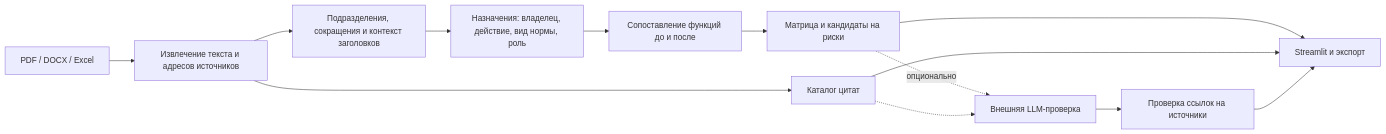
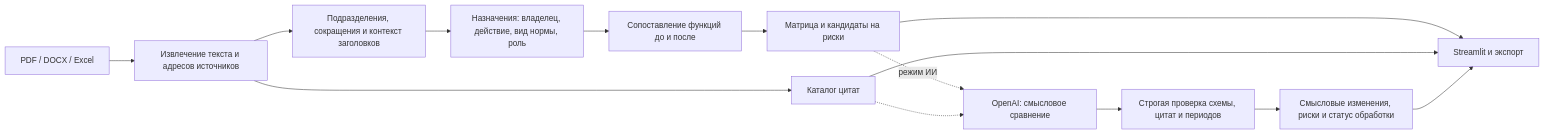
The diagram in README.md (BAITC-Hacks/hack-0dd0a2e7-ai-qaitu), drawn with Mermaid before and after one commit. The commit also changed other lines of this file and 4 other files, not shown here.

````diff
--- a/README.md
+++ b/README.md
@@ -94,15 +94,16 @@
 ```mermaid
 flowchart LR
     A[PDF / DOCX / Excel] --> B[Извлечение текста и адресов источников]
     B --> C[Подразделения, сокращения и контекст заголовков]
     C --> D[Назначения: владелец, действие, вид нормы, роль]
     D --> E[Сопоставление функций до и после]
     E --> F[Матрица и кандидаты на риски]
     B --> G[Каталог цитат]
     F --> H[Streamlit и экспорт]
     G --> H
-    F -. опционально .-> I[Внешняя LLM-проверка]
+    F -. режим ИИ .-> I[OpenAI: смысловое сравнение]
     G -.-> I
-    I --> J[Проверка ссылок на источники]
-    J --> H
+    I --> J[Строгая проверка схемы, цитат и периодов]
+    J --> K[Смысловые изменения, риски и статус обработки]
+    K --> H
 ```
````
